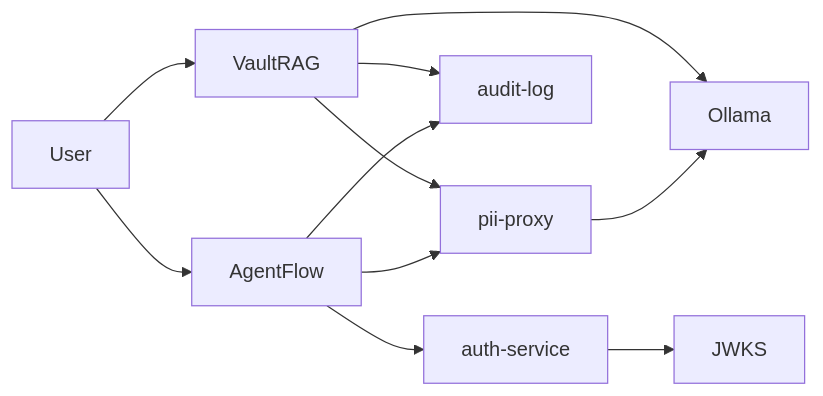
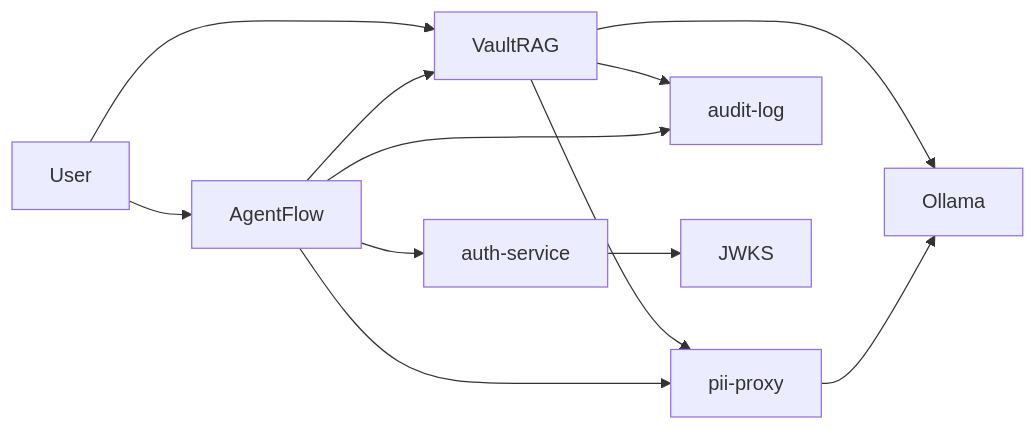
The diagram in README.md (arkano1dev/AISecurity4Fintech), drawn with Mermaid before and after one commit. The commit also changed other lines of this file and 5 other files, not shown here.

````diff
--- a/README.md
+++ b/README.md
@@ -42,13 +42,14 @@
 ```mermaid
 flowchart LR
     U[User] --> VR[VaultRAG]
     U --> AF[AgentFlow]
     VR --> PII[pii-proxy]
     AF --> PII
     VR --> AL[audit-log]
     AF --> AL
+    AF --> VR
     VR --> LLM[Ollama]
     PII --> LLM
     AF --> AUTH[auth-service]
     AUTH --> JWKS[JWKS]
 ```
````
